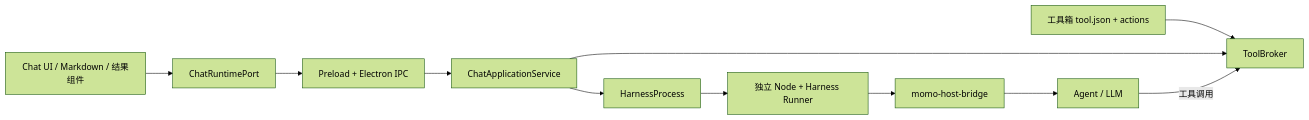
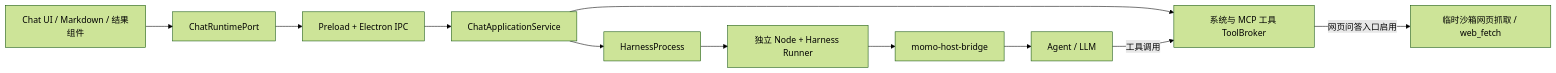
One commit to zhangxinggang/momo-ai changed the first of 4 diagrams in docs/architecture/ai-chat-harness-integration-design.md. Above: the diagram before and after it, drawn with Mermaid (forest theme). The commit also changed other lines of this file and 567 other files, not shown here.

````diff
--- a/docs/architecture/ai-chat-harness-integration-design.md
+++ b/docs/architecture/ai-chat-harness-integration-design.md
@@ -20,13 +20,14 @@
 ```mermaid
 flowchart LR
   UI[Chat UI / Markdown / 结果组件] --> Port[ChatRuntimePort]
   Port --> IPC[Preload + Electron IPC]
   IPC --> Service[ChatApplicationService]
-  Toolbox[工具箱 tool.json + actions] --> Broker[ToolBroker]
+  Broker[系统与 MCP 工具 ToolBroker]
   Service --> Broker
+  Broker -->|网页问答入口启用| WebFetch[临时沙箱网页抓取 / web_fetch]
   Service --> Adapter[HarnessProcess]
   Adapter --> Runner[独立 Node + Harness Runner]
   Runner --> Bridge[momo-host-bridge]
   Bridge --> Agent[Agent / LLM]
   Agent -->|工具调用| Broker
 ```
````
